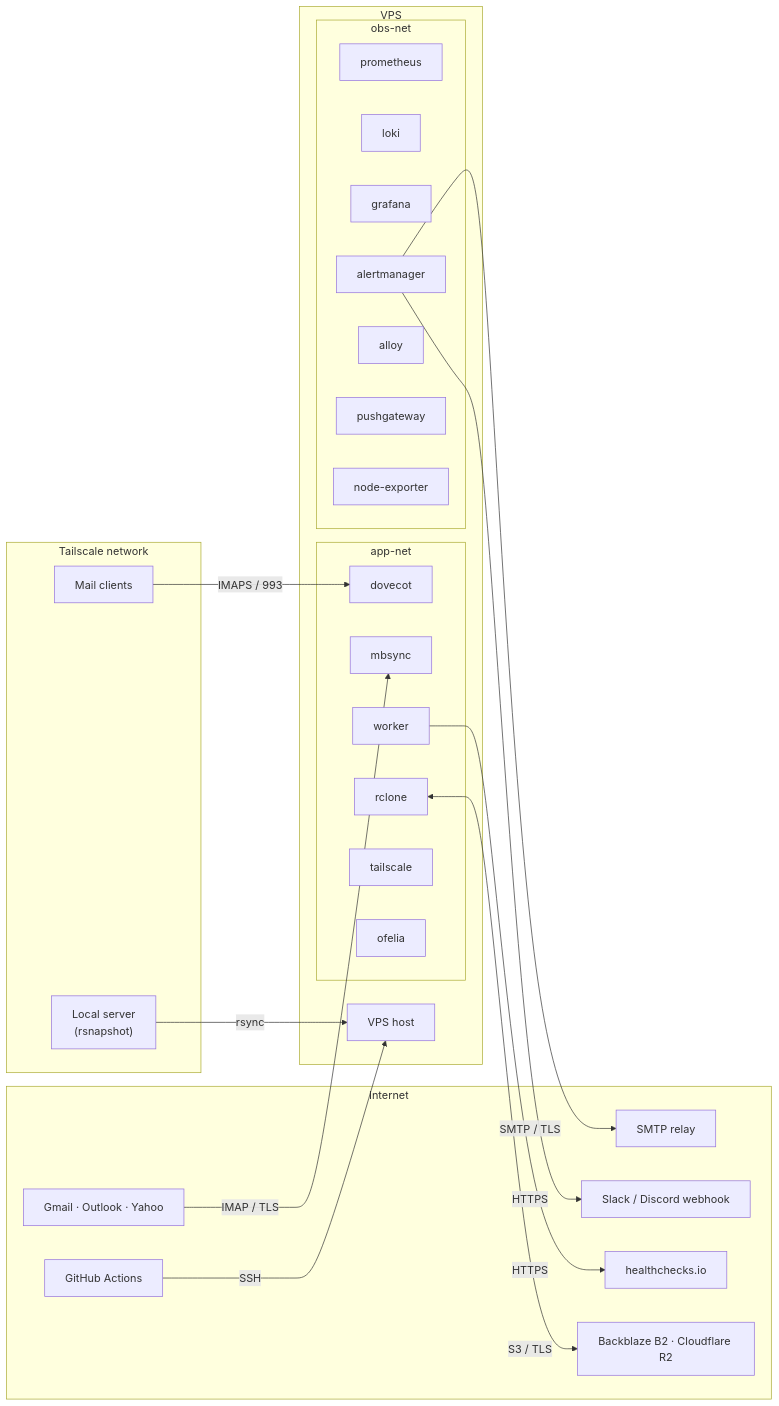
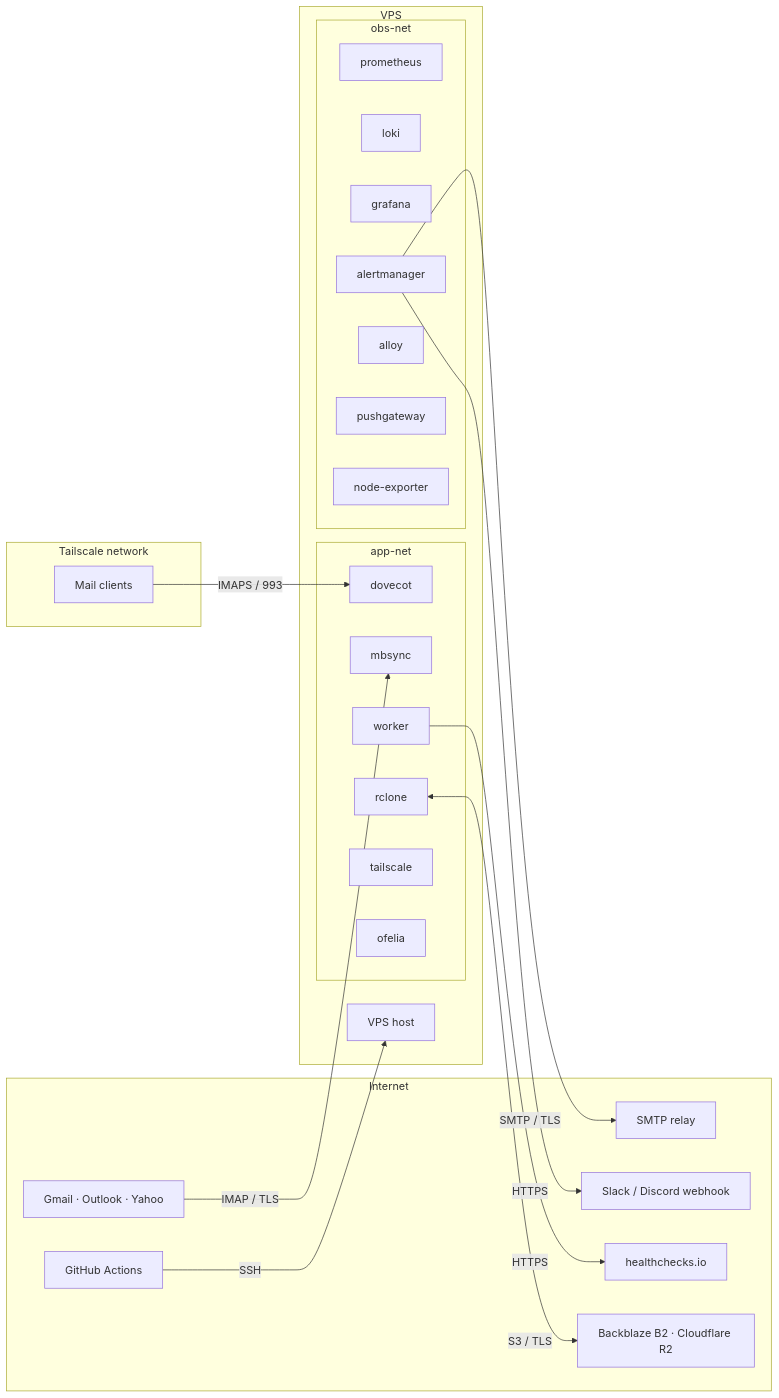
Before and after one commit to technotenshi/mailarchiver: the diagram in docs/threat-model.md, drawn with Mermaid. The commit also changed other lines of this file and 10 other files, not shown here.

````diff
--- a/docs/threat-model.md
+++ b/docs/threat-model.md
@@ -33,47 +33,45 @@
 ```mermaid
 flowchart LR
     subgraph Internet["Internet"]
         providers["Gmail · Outlook · Yahoo"]
         storage["Backblaze B2 · Cloudflare R2"]
         github["GitHub Actions"]
         hc["healthchecks.io"]
         smtp["SMTP relay"]
         slack["Slack / Discord webhook"]
     end
 
     subgraph Tailscale["Tailscale network"]
         clients["Mail clients"]
-        local["Local server\n(rsnapshot)"]
     end
 
     subgraph VPS["VPS"]
         host["VPS host"]
         subgraph appnet["app-net"]
             mbsync
             dovecot
             worker
             rclone
             tailsvc["tailscale"]
             ofelia
         end
         subgraph obsnet["obs-net"]
             prometheus
             loki
             grafana
             alertmanager
             alloy
             pushgateway
             nodeexp["node-exporter"]
         end
     end
 
     providers -->|"IMAP / TLS"| mbsync
     rclone <-->|"S3 / TLS"| storage
     github -->|"SSH"| host
     worker -->|"HTTPS"| hc
     alertmanager -->|"SMTP / TLS"| smtp
     alertmanager -->|"HTTPS"| slack
 
     clients -->|"IMAPS / 993"| dovecot
-    local -->|"rsync"| host
 ```
````
